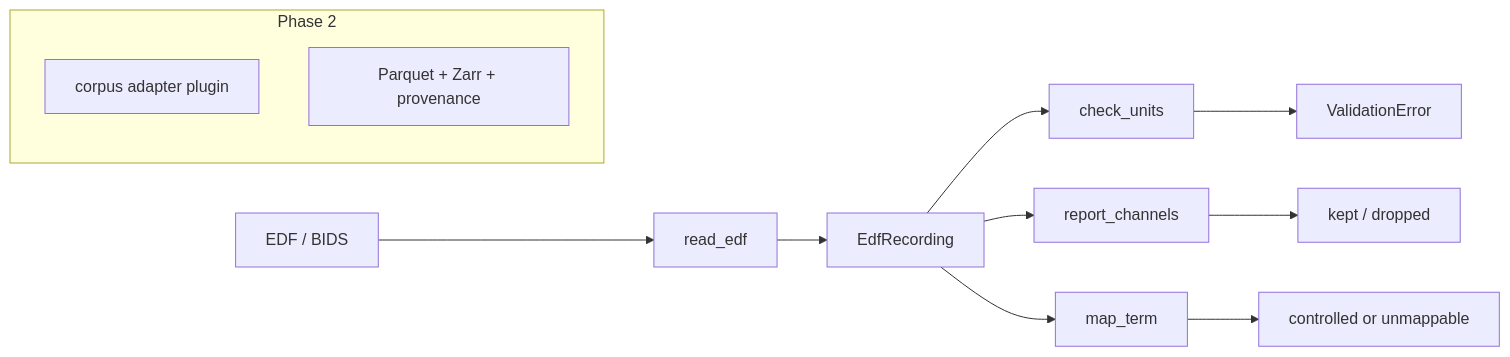
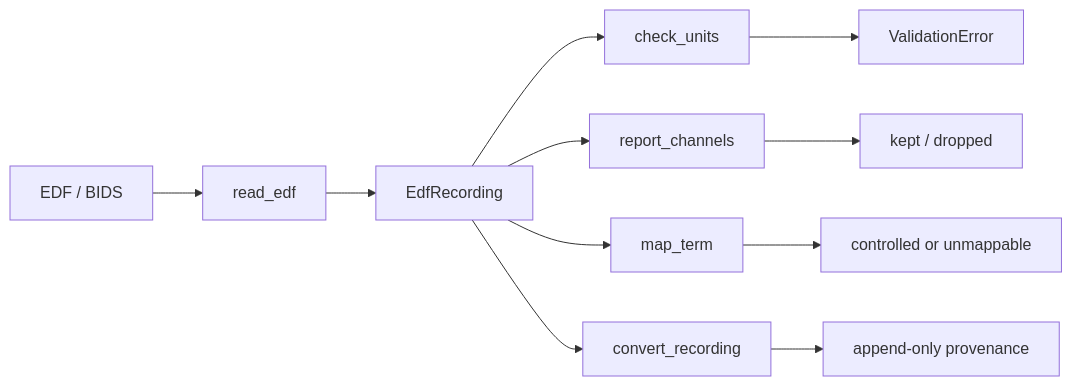
The diagram in README.md (TechieGoku2623/eeg-harmonize), drawn with Mermaid before and after one commit. The commit also changed other lines of this file and 18 other files, not shown here.

First line of the commit message:
Implement Phase 1-3 inspect/convert slice and demo.

````diff
--- a/README.md
+++ b/README.md
@@ -142,15 +179,13 @@
 ```mermaid
 flowchart LR
     edf[EDF / BIDS] --> reader[read_edf]
     reader --> rec[EdfRecording]
     rec --> units[check_units]
     rec --> chans[report_channels]
     rec --> annots[map_term]
     units --> fail[ValidationError]
     chans --> kept[kept / dropped]
     annots --> bucket[controlled or unmappable]
-    subgraph later [Phase 2]
-      adapt[corpus adapter plugin]
-      store[Parquet + Zarr + provenance]
-    end
+    rec --> convert[convert_recording]
+    convert --> prov[append-only provenance]
 ```
````
